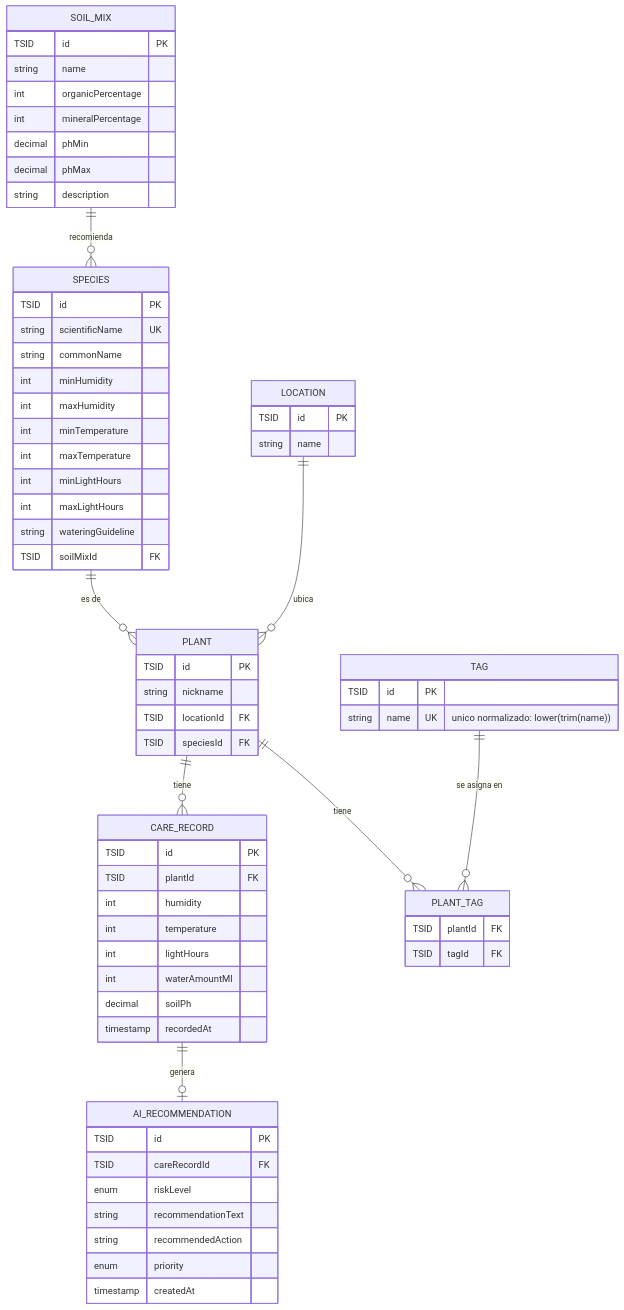
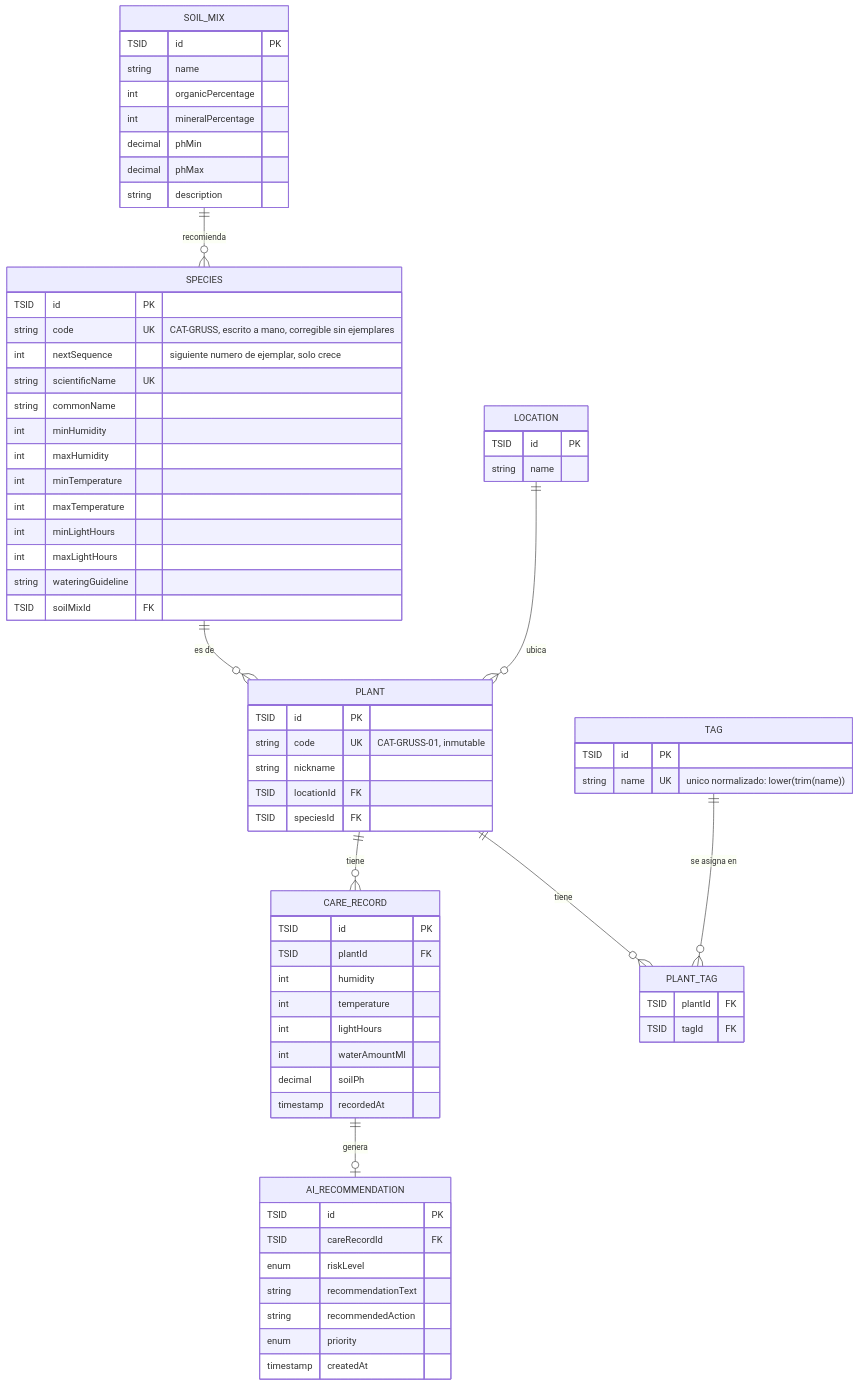
The diagram in docs/diagramas/modelo-datos-actual.md (dnavarro-bj/AI4Devs-finalproject), drawn with Mermaid before and after one commit. The commit also changed other lines of this file and 97 other files, not shown here.

````diff
--- a/docs/diagramas/modelo-datos-actual.md
+++ b/docs/diagramas/modelo-datos-actual.md
@@ -9,77 +9,80 @@
 ```mermaid
 erDiagram
     SOIL_MIX ||--o{ SPECIES : "recomienda"
     SPECIES ||--o{ PLANT : "es de"
     LOCATION ||--o{ PLANT : "ubica"
     PLANT ||--o{ CARE_RECORD : "tiene"
     CARE_RECORD ||--o| AI_RECOMMENDATION : "genera"
     PLANT ||--o{ PLANT_TAG : "tiene"
     TAG ||--o{ PLANT_TAG : "se asigna en"
 
     SOIL_MIX {
         TSID id PK
         string name
         int organicPercentage
         int mineralPercentage
         decimal phMin
         decimal phMax
         string description
     }
 
     SPECIES {
         TSID id PK
+        string code UK "CAT-GRUSS, escrito a mano, corregible sin ejemplares"
+        int nextSequence "siguiente numero de ejemplar, solo crece"
         string scientificName UK
         string commonName
         int minHumidity
         int maxHumidity
         int minTemperature
         int maxTemperature
         int minLightHours
         int maxLightHours
         string wateringGuideline
         TSID soilMixId FK
     }
 
     LOCATION {
         TSID id PK
         string name
     }
 
     PLANT {
         TSID id PK
+        string code UK "CAT-GRUSS-01, inmutable"
         string nickname
         TSID locationId FK
         TSID speciesId FK
     }
 
     TAG {
         TSID id PK
         string name UK "unico normalizado: lower(trim(name))"
     }
 
     PLANT_TAG {
         TSID plantId FK
         TSID tagId FK
     }
 
     CARE_RECORD {
         TSID id PK
         TSID plantId FK
         int humidity
         int temperature
         int lightHours
         int waterAmountMl
         decimal soilPh
         timestamp recordedAt
     }
 
     AI_RECOMMENDATION {
         TSID id PK
         TSID careRecordId FK
         enum riskLevel
         string recommendationText
         string recommendedAction
         enum priority
         timestamp createdAt
     }
 ```
````
